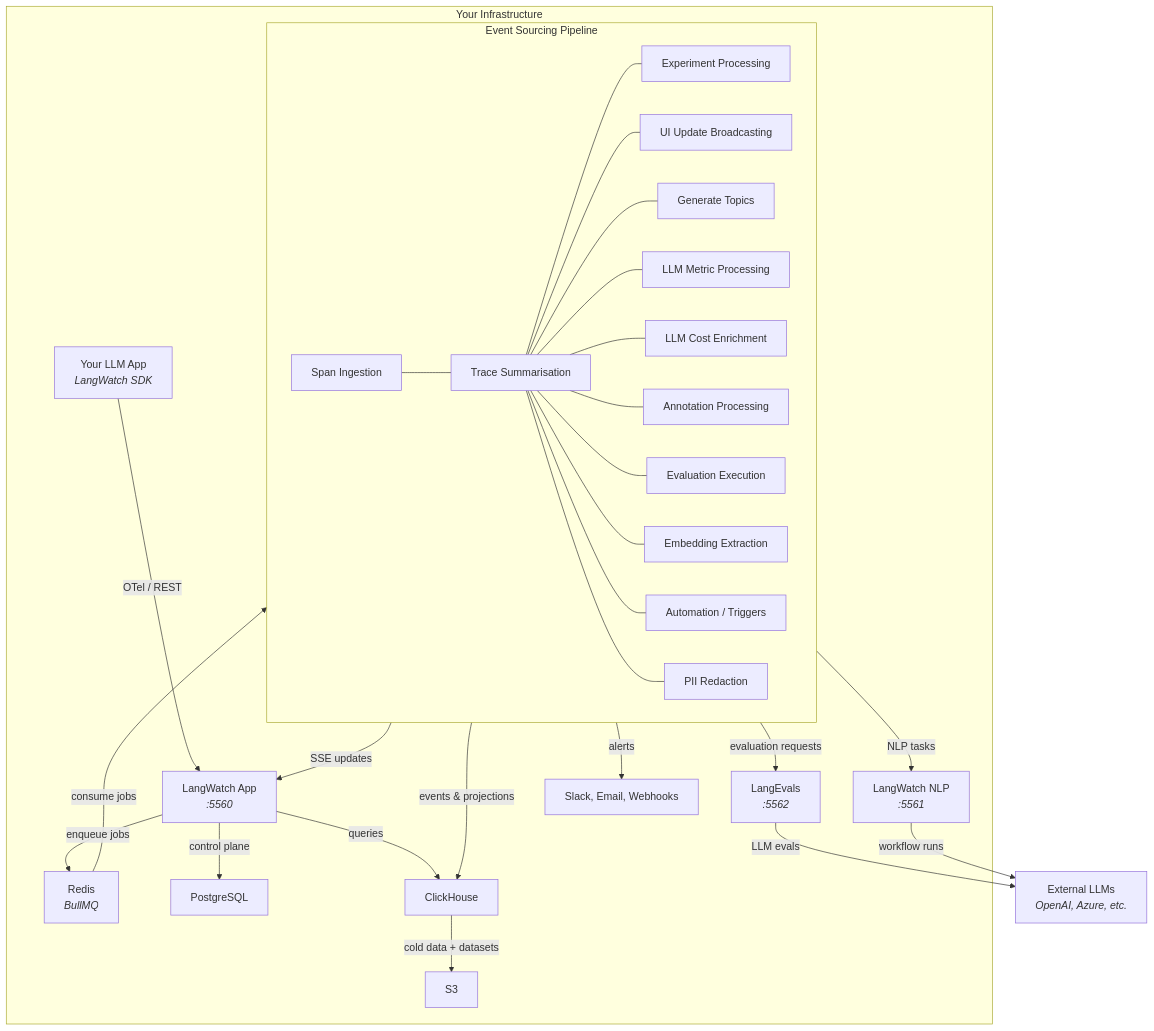
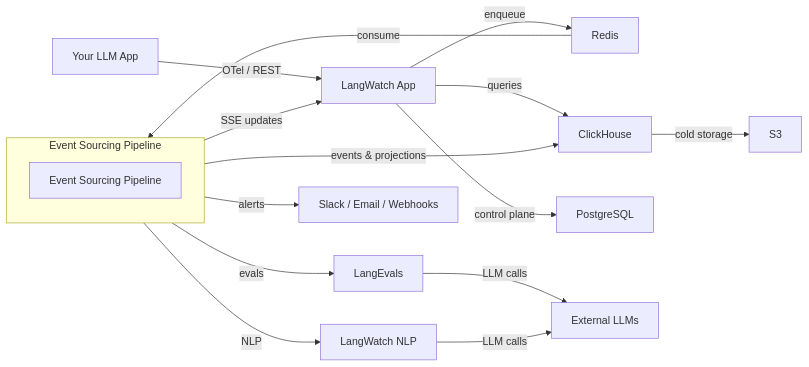
Before and after one commit to langwatch/langwatch: the first of 3 diagrams in docs/self-hosting/infrastructure/architecture.mdx, drawn with Mermaid. The commit also changed other lines of this file and 2 other files, not shown here.

````diff
--- a/docs/self-hosting/infrastructure/architecture.mdx
+++ b/docs/self-hosting/infrastructure/architecture.mdx
@@ -10,46 +10,21 @@
 ```mermaid
-graph TD
-    LLMApp["Your LLM App<br/><i>LangWatch SDK</i>"]
+graph LR
+    SDK["Your LLM App"] -->|"OTel / REST"| App["LangWatch App"]
 
-    subgraph Platform["Your Infrastructure"]
-
-        LLMApp -->|"OTel / REST"| App
-
-        subgraph Pipeline["Event Sourcing Pipeline"]
-            SI["Span Ingestion"] --- TS["Trace Summarisation"]
-            TS --- EP["Experiment Processing"]
-            TS --- UB["UI Update Broadcasting"]
-            TS --- GT["Generate Topics"]
-            TS --- LMP["LLM Metric Processing"]
-            TS --- LCE["LLM Cost Enrichment"]
-            TS --- AP["Annotation Processing"]
-            TS --- EE["Evaluation Execution"]
-            TS --- EMB["Embedding Extraction"]
-            TS --- ATS["Automation / Triggers"]
-            TS --- PII["PII Redaction"]
-        end
-
-        Redis["Redis<br/><i>BullMQ</i>"]
-        App["LangWatch App<br/><i>:5560</i>"]
-        PG["PostgreSQL"]
-        CH["ClickHouse"]
-        S3["S3"]
-        NLP["LangWatch NLP<br/><i>:5561</i>"]
-        Evals["LangEvals<br/><i>:5562</i>"]
-
-        App -->|"enqueue jobs"| Redis
-        Redis -->|"consume jobs"| Pipeline
-        Pipeline -->|"SSE updates"| App
-        Pipeline -->|"events & projections"| CH
-        Pipeline -->|"evaluation requests"| Evals
-        Pipeline -->|"NLP tasks"| NLP
-        App -->|"queries"| CH
-        App -->|"control plane"| PG
-        CH -->|"cold data + datasets"| S3
-        Pipeline -->|"alerts"| Notifications["Slack, Email, Webhooks"]
+    subgraph Workers["Event Sourcing Pipeline"]
+        Pipeline["Event Sourcing Pipeline"]
     end
 
-    ExtLLM["External LLMs<br/><i>OpenAI, Azure, etc.</i>"]
-    Evals -->|"LLM evals"| ExtLLM
-    NLP -->|"workflow runs"| ExtLLM
+    App -->|"enqueue"| Redis["Redis"]
+    Redis -->|"consume"| Workers
+    Workers -->|"events & projections"| CH["ClickHouse"]
+    Workers -->|"SSE updates"| App
+    App -->|"queries"| CH
+    App -->|"control plane"| PG["PostgreSQL"]
+    CH -->|"cold storage"| S3["S3"]
+    Workers -->|"evals"| Evals["LangEvals"]
+    Workers -->|"NLP"| NLP["LangWatch NLP"]
+    Evals -->|"LLM calls"| LLM["External LLMs"]
+    NLP -->|"LLM calls"| LLM
+    Workers -->|"alerts"| Notify["Slack / Email / Webhooks"]
 ```
````
